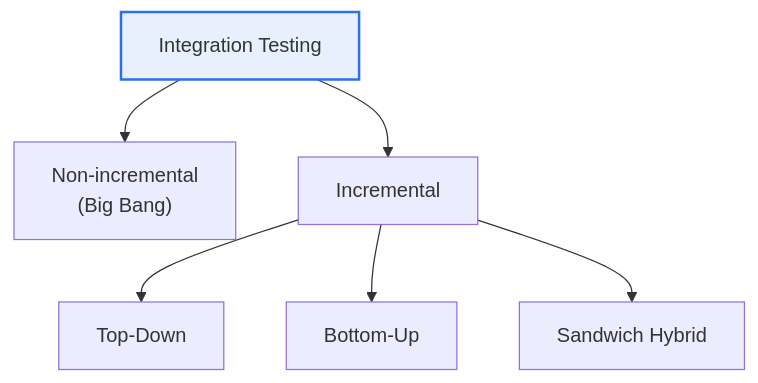
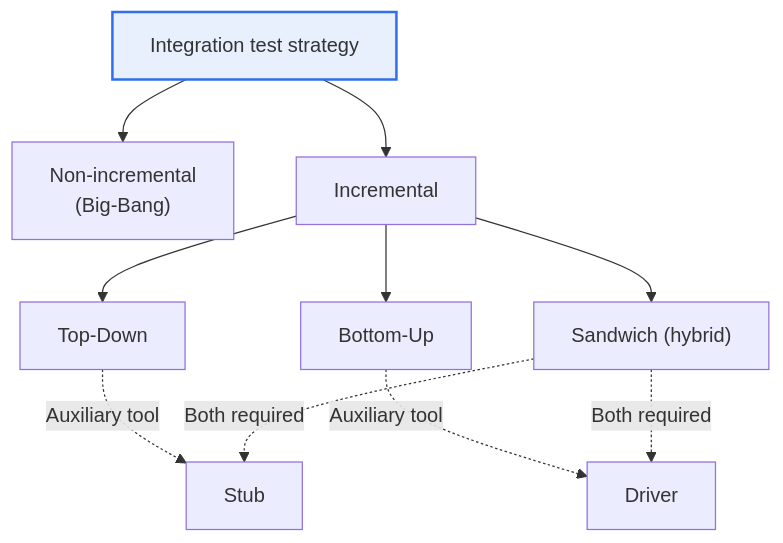
One commit to coninggu/wjdqhrhksflrltnftk changed the first of 2 diagrams in content/en/integration-test.md. Above: the diagram before and after it, drawn with Mermaid. The commit also changed other lines of this file and 37 other files, not shown here.

````diff
--- a/content/en/integration-test.md
+++ b/content/en/integration-test.md
@@ -15,9 +21,13 @@
 ```mermaid
 flowchart TB
-  I[Integration Testing] --> N["Non-incremental<br/>(Big Bang)"]
-  I --> P[Incremental]
-  P --> P1[Top-Down]
-  P --> P2[Bottom-Up]
-  P --> P3[Sandwich Hybrid]
+  I["Integration test strategy"] --> N["Non-incremental<br/>(Big-Bang)"]
+  I --> P["Incremental"]
+  P --> P1["Top-Down"]
+  P --> P2["Bottom-Up"]
+  P --> P3["Sandwich (hybrid)"]
+  P1 -.Auxiliary tool.-> S["Stub"]
+  P2 -.Auxiliary tool.-> D["Driver"]
+  P3 -.Both required.-> S
+  P3 -.Both required.-> D
   style I fill:#e8f0fe,stroke:#2f6fed,stroke-width:2px
 ```
````
